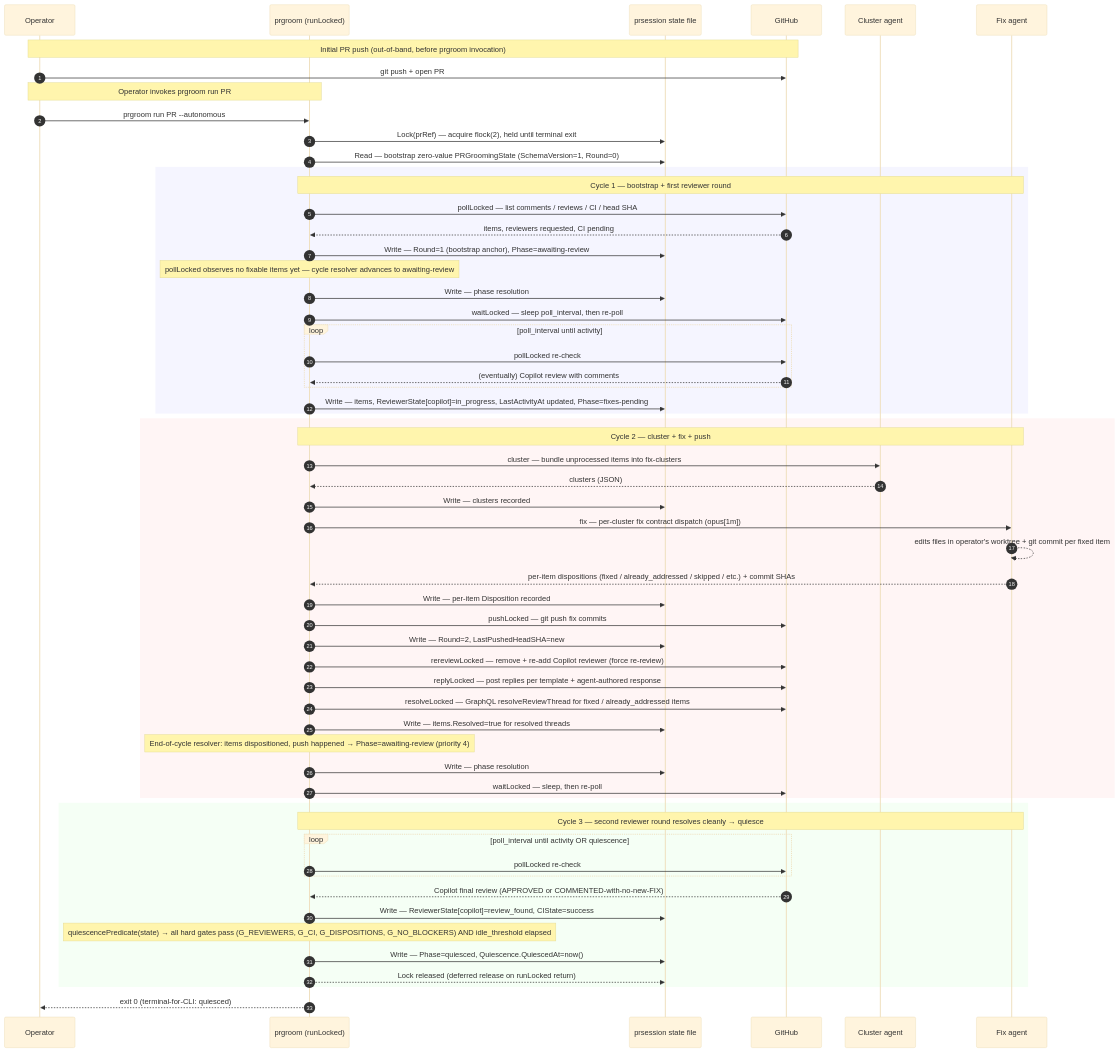
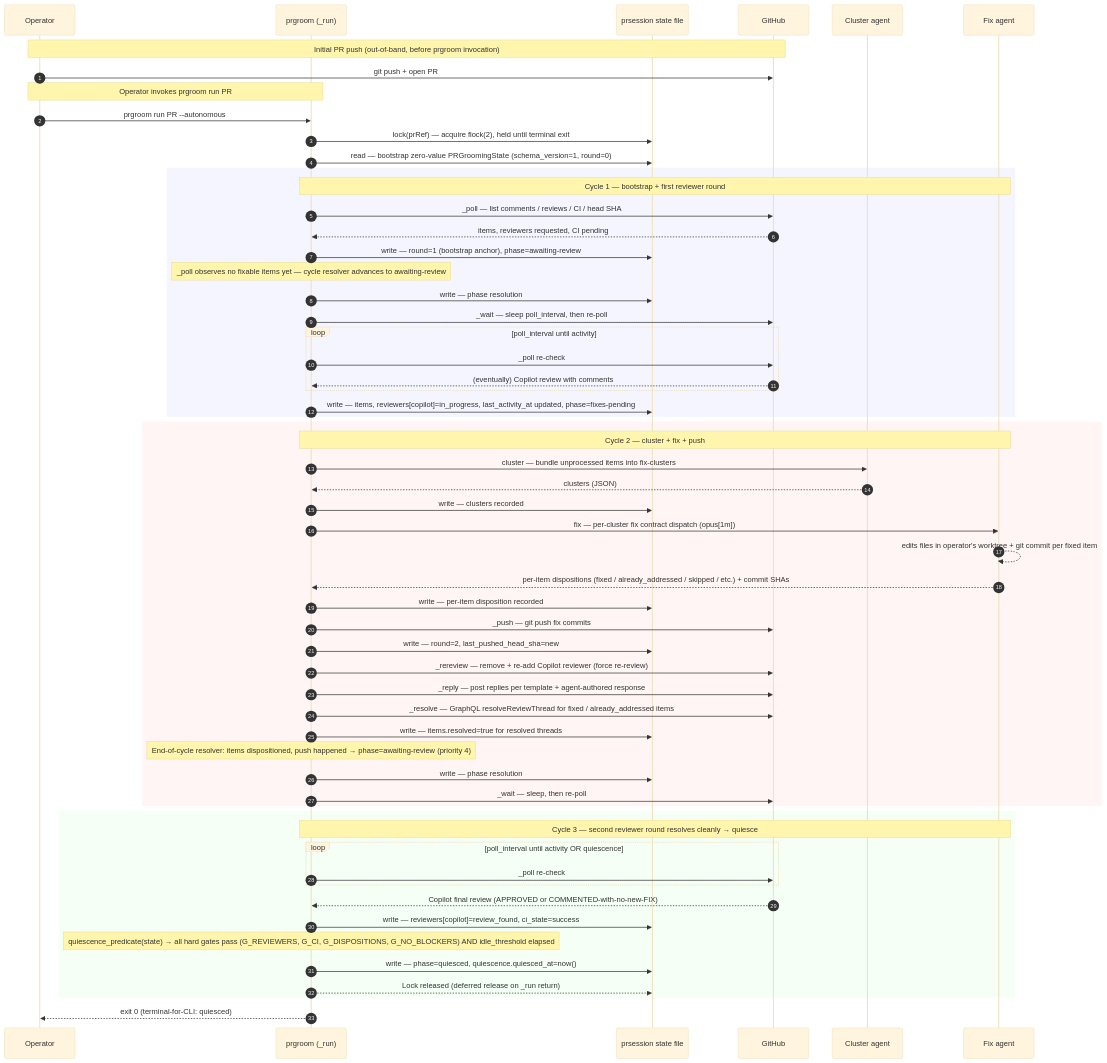
One commit to scotthamilton77/agents-config changed the first of 4 diagrams in docs/architecture/prgroom/sequences.md. Above: the diagram before and after it, drawn with Mermaid (base theme). The commit also changed other lines of this file and 9 other files, not shown here.

First line of the commit message:
docs(prgroom): convert architecture HLDs from Go to Python (fca6.14) (#132)

````diff
--- a/docs/architecture/prgroom/sequences.md
+++ b/docs/architecture/prgroom/sequences.md
@@ -36,67 +36,67 @@
 ```mermaid
 sequenceDiagram
     autonumber
     participant Op as Operator
-    participant PG as prgroom (runLocked)
+    participant PG as prgroom (_run)
     participant State as prsession state file
     participant GH as GitHub
     participant Cluster as Cluster agent
     participant Fix as Fix agent
 
     Note over Op,GH: Initial PR push (out-of-band, before prgroom invocation)
     Op->>GH: git push + open PR
 
     Note over Op,PG: Operator invokes prgroom run PR
     Op->>PG: prgroom run PR --autonomous
-    PG->>State: Lock(prRef) — acquire flock(2), held until terminal exit
-    PG->>State: Read — bootstrap zero-value PRGroomingState (SchemaVersion=1, Round=0)
+    PG->>State: lock(prRef) — acquire flock(2), held until terminal exit
+    PG->>State: read — bootstrap zero-value PRGroomingState (schema_version=1, round=0)
 
     rect rgb(245, 245, 255)
         Note over PG,Fix: Cycle 1 — bootstrap + first reviewer round
-        PG->>GH: pollLocked — list comments / reviews / CI / head SHA
+        PG->>GH: _poll — list comments / reviews / CI / head SHA
         GH-->>PG: items, reviewers requested, CI pending
-        PG->>State: Write — Round=1 (bootstrap anchor), Phase=awaiting-review
-        Note over PG: pollLocked observes no fixable items yet — cycle resolver advances to awaiting-review
-        PG->>State: Write — phase resolution
-        PG->>GH: waitLocked — sleep poll_interval, then re-poll
+        PG->>State: write — round=1 (bootstrap anchor), phase=awaiting-review
+        Note over PG: _poll observes no fixable items yet — cycle resolver advances to awaiting-review
+        PG->>State: write — phase resolution
+        PG->>GH: _wait — sleep poll_interval, then re-poll
         loop poll_interval until activity
-            PG->>GH: pollLocked re-check
+            PG->>GH: _poll re-check
             GH-->>PG: (eventually) Copilot review with comments
         end
-        PG->>State: Write — items, ReviewerState[copilot]=in_progress, LastActivityAt updated, Phase=fixes-pending
+        PG->>State: write — items, reviewers[copilot]=in_progress, last_activity_at updated, phase=fixes-pending
     end
 
     rect rgb(255, 245, 245)
         Note over PG,Fix: Cycle 2 — cluster + fix + push
         PG->>Cluster: cluster — bundle unprocessed items into fix-clusters
         Cluster-->>PG: clusters (JSON)
-        PG->>State: Write — clusters recorded
+        PG->>State: write — clusters recorded
         PG->>Fix: fix — per-cluster fix contract dispatch (opus[1m])
         Fix-->>Fix: edits files in operator's worktree + git commit per fixed item
         Fix-->>PG: per-item dispositions (fixed / already_addressed / skipped / etc.) + commit SHAs
-        PG->>State: Write — per-item Disposition recorded
-        PG->>GH: pushLocked — git push fix commits
-        PG->>State: Write — Round=2, LastPushedHeadSHA=new
-        PG->>GH: rereviewLocked — remove + re-add Copilot reviewer (force re-review)
-        PG->>GH: replyLocked — post replies per template + agent-authored response
-        PG->>GH: resolveLocked — GraphQL resolveReviewThread for fixed / already_addressed items
-        PG->>State: Write — items.Resolved=true for resolved threads
-        Note over PG: End-of-cycle resolver: items dispositioned, push happened → Phase=awaiting-review (priority 4)
-        PG->>State: Write — phase resolution
-        PG->>GH: waitLocked — sleep, then re-poll
+        PG->>State: write — per-item disposition recorded
+        PG->>GH: _push — git push fix commits
+        PG->>State: write — round=2, last_pushed_head_sha=new
+        PG->>GH: _rereview — remove + re-add Copilot reviewer (force re-review)
+        PG->>GH: _reply — post replies per template + agent-authored response
+        PG->>GH: _resolve — GraphQL resolveReviewThread for fixed / already_addressed items
+        PG->>State: write — items.resolved=true for resolved threads
+        Note over PG: End-of-cycle resolver: items dispositioned, push happened → phase=awaiting-review (priority 4)
+        PG->>State: write — phase resolution
+        PG->>GH: _wait — sleep, then re-poll
     end
 
     rect rgb(245, 255, 245)
         Note over PG,Fix: Cycle 3 — second reviewer round resolves cleanly → quiesce
         loop poll_interval until activity OR quiescence
-            PG->>GH: pollLocked re-check
+            PG->>GH: _poll re-check
         end
         GH-->>PG: Copilot final review (APPROVED or COMMENTED-with-no-new-FIX)
-        PG->>State: Write — ReviewerState[copilot]=review_found, CIState=success
-        Note over PG: quiescencePredicate(state) → all hard gates pass (G_REVIEWERS, G_CI, G_DISPOSITIONS, G_NO_BLOCKERS) AND idle_threshold elapsed
-        PG->>State: Write — Phase=quiesced, Quiescence.QuiescedAt=now()
-        PG-->>State: Lock released (deferred release on runLocked return)
+        PG->>State: write — reviewers[copilot]=review_found, ci_state=success
+        Note over PG: quiescence_predicate(state) → all hard gates pass (G_REVIEWERS, G_CI, G_DISPOSITIONS, G_NO_BLOCKERS) AND idle_threshold elapsed
+        PG->>State: write — phase=quiesced, quiescence.quiesced_at=now()
+        PG-->>State: Lock released (deferred release on _run return)
     end
 
     PG-->>Op: exit 0 (terminal-for-CLI: quiesced)
 ```
````
